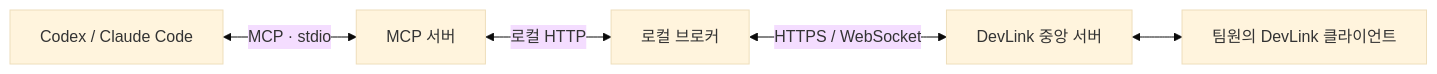
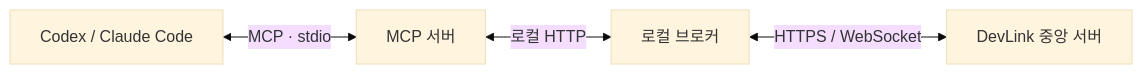
The diagram in README.ko.md (DevLink-labs/DevLink_client), drawn with Mermaid (base theme) before and after one commit. The commit also changed other lines of this file and 2 other files, not shown here.

````diff
--- a/README.ko.md
+++ b/README.ko.md
@@ -167,7 +152,6 @@
 ```mermaid
 flowchart LR
     A[Codex / Claude Code] <-->|MCP · stdio| B[MCP 서버]
     B <-->|로컬 HTTP| C[로컬 브로커]
     C <-->|HTTPS / WebSocket| D[DevLink 중앙 서버]
-    D <--> E[팀원의 DevLink 클라이언트]
 ```
````
